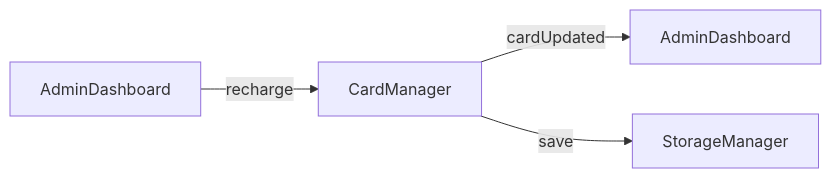
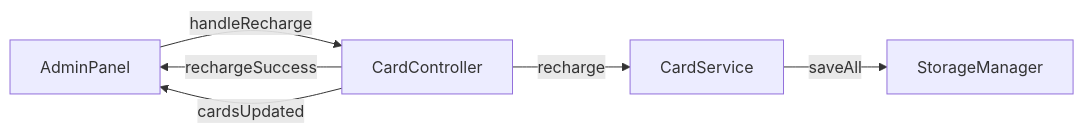
The third of 4 diagrams in docs/api/signals-slots.md (AstroAir/software-design), drawn with Mermaid before and after one commit. The commit also changed other lines of this file and 6 other files, not shown here.

Commit message:
Update documentation to reflect MVC architecture refactoring, rename managers to services/controllers, and reorganize API reference structure

````diff
--- a/docs/api/signals-slots.md
+++ b/docs/api/signals-slots.md
@@ -256,6 +302,8 @@
 ```mermaid
 flowchart LR
-    A[AdminDashboard] -->|recharge| B[CardManager]
-    B -->|cardUpdated| C[AdminDashboard]
-    B -->|save| D[StorageManager]
+    A[AdminPanel] -->|handleRecharge| B[CardController]
+    B -->|recharge| C[CardService]
+    C -->|saveAll| D[StorageManager]
+    B -->|rechargeSuccess| A
+    B -->|cardsUpdated| A
 ```
````
